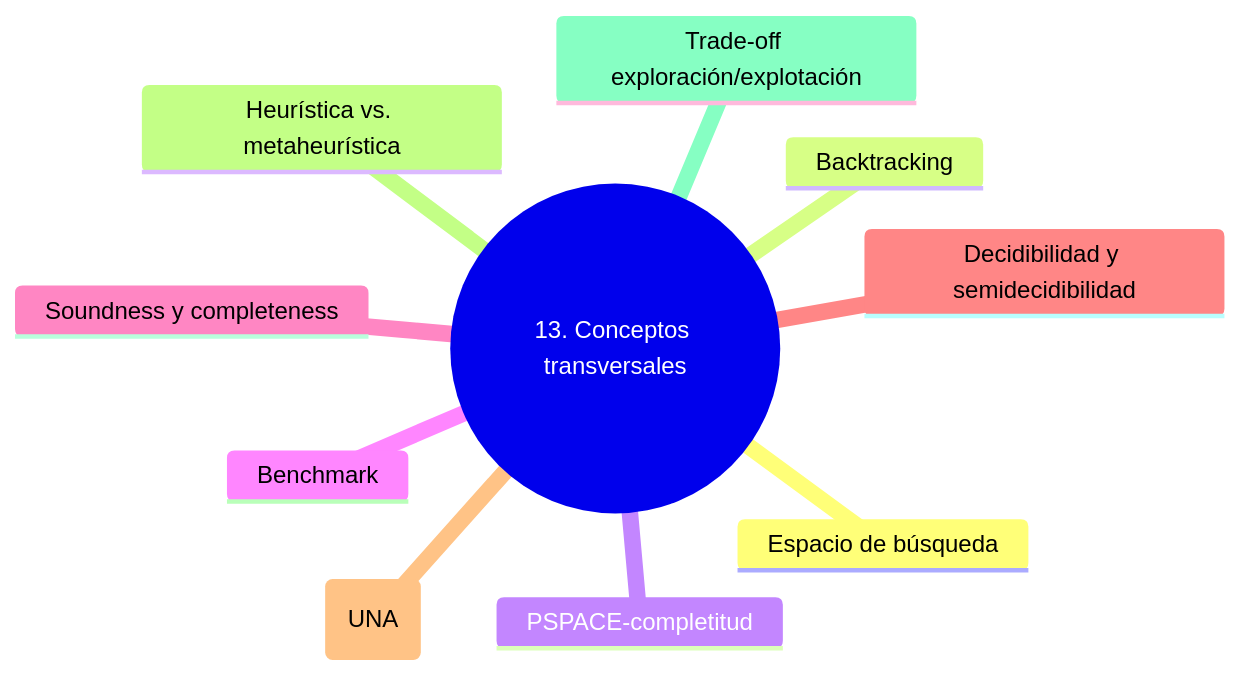
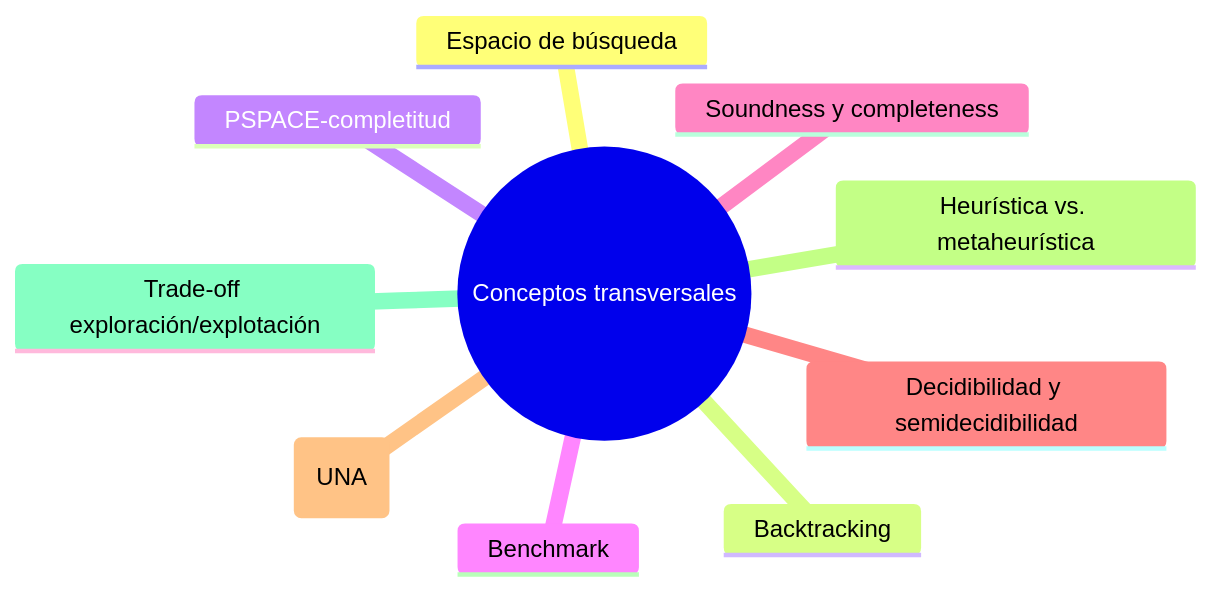
Before and after one commit to rgglez/rgglez-website: diagram 13 of 17 in src/src/data/blog/2026/05/es/glosario-razonamiento-planificacion.mdx, drawn with Mermaid. The commit also changed other lines of this file and 42 other files, not shown here.

````diff
--- a/src/src/data/blog/2026/05/es/glosario-razonamiento-planificacion.mdx
+++ b/src/src/data/blog/2026/05/es/glosario-razonamiento-planificacion.mdx
@@ -1389,13 +1403,13 @@
 ```mermaid
 mindmap
-  root((13. Conceptos transversales))
+  root(("Conceptos transversales"))
     Espacio de búsqueda
     Backtracking
     PSPACE-completitud
     Benchmark
     Soundness y completeness
     Decidibilidad y semidecidibilidad
     Hipótesis del nombre único (UNA)
     Heurística vs. metaheurística
     Trade-off exploración/explotación
 ```
````
